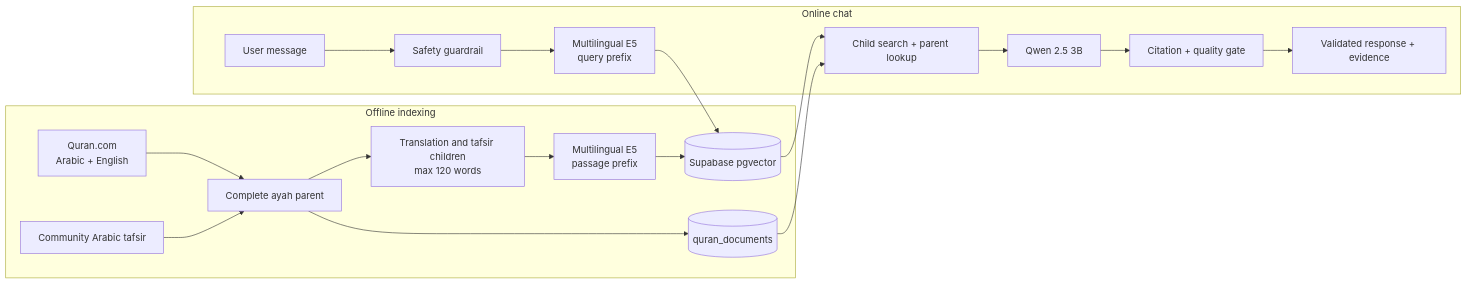
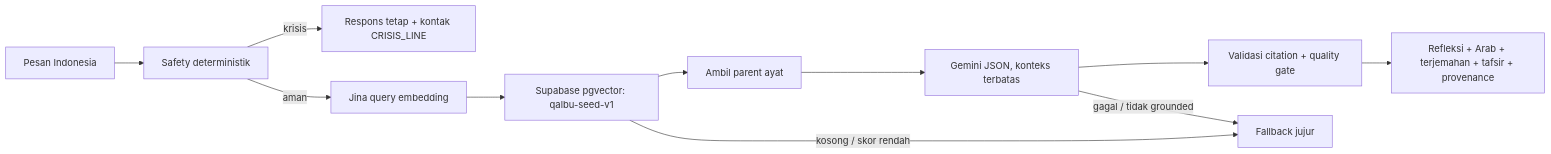
One commit to Irfandroid/qalbu-rag changed the diagram in README.md. Above: the diagram before and after it, drawn with Mermaid. The commit also changed other lines of this file and 96 other files, not shown here.

````diff
--- a/README.md
+++ b/README.md
@@ -23,22 +11,13 @@
 ```mermaid
 flowchart LR
-  subgraph Build[Offline indexing]
-    A[Quran.com\nArabic + English] --> P[Complete ayah parent]
-    T[Community Arabic tafsir] --> P
-    P --> C[Translation and tafsir children\nmax 120 words]
-    C --> E[Multilingual E5\npassage prefix]
-    E --> V[(Supabase pgvector)]
-    P --> D[(quran_documents)]
-  end
-
-  subgraph Chat[Online chat]
-    U[User message] --> S[Safety guardrail]
-    S --> Q[Multilingual E5\nquery prefix]
-    Q --> V
-    V --> R[Child search + parent lookup]
-    D --> R
-    R --> L[Qwen 2.5 3B]
-    L --> G[Citation + quality gate]
-    G --> UI[Validated response + evidence]
-  end
+  U[Pesan Indonesia] --> S[Safety deterministik]
+  S -->|krisis| C[Respons tetap + kontak CRISIS_LINE]
+  S -->|aman| E[Jina query embedding]
+  E --> V[Supabase pgvector: qalbu-seed-v1]
+  V --> P[Ambil parent ayat]
+  P --> G[Gemini JSON, konteks terbatas]
+  G --> X[Validasi citation + quality gate]
+  X --> O[Refleksi + Arab + terjemahan + tafsir + provenance]
+  V -->|kosong / skor rendah| F[Fallback jujur]
+  G -->|gagal / tidak grounded| F
 ```
````
